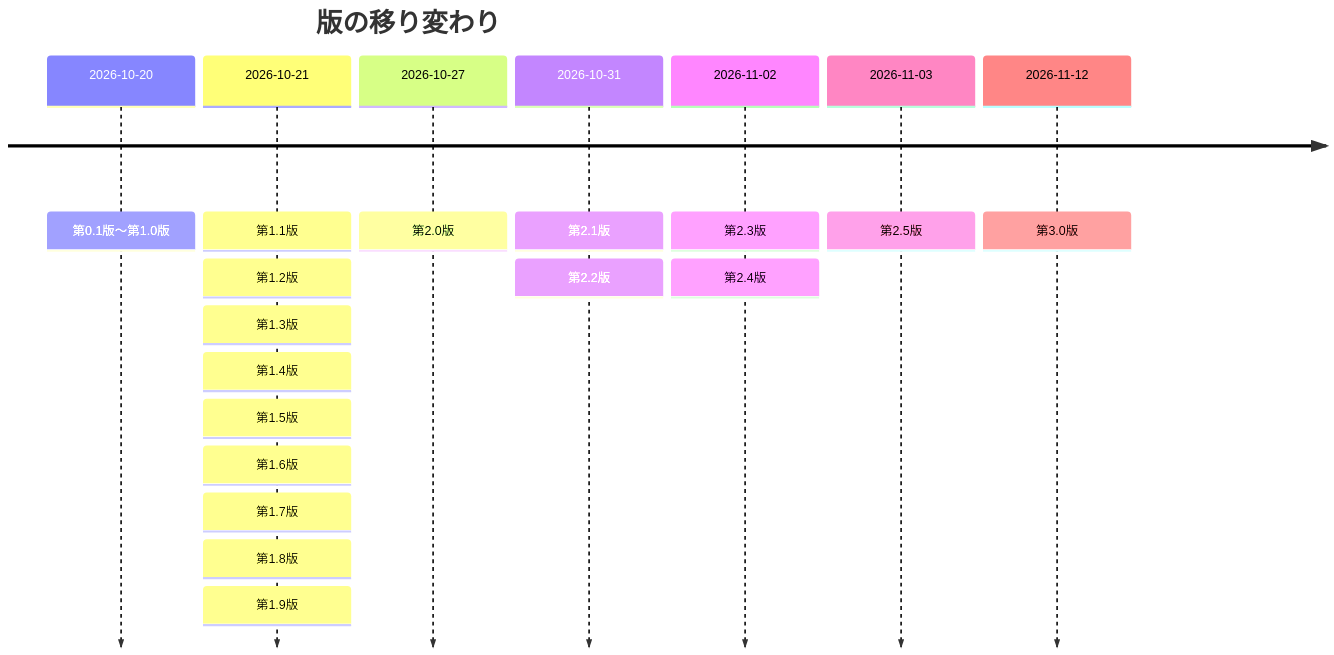
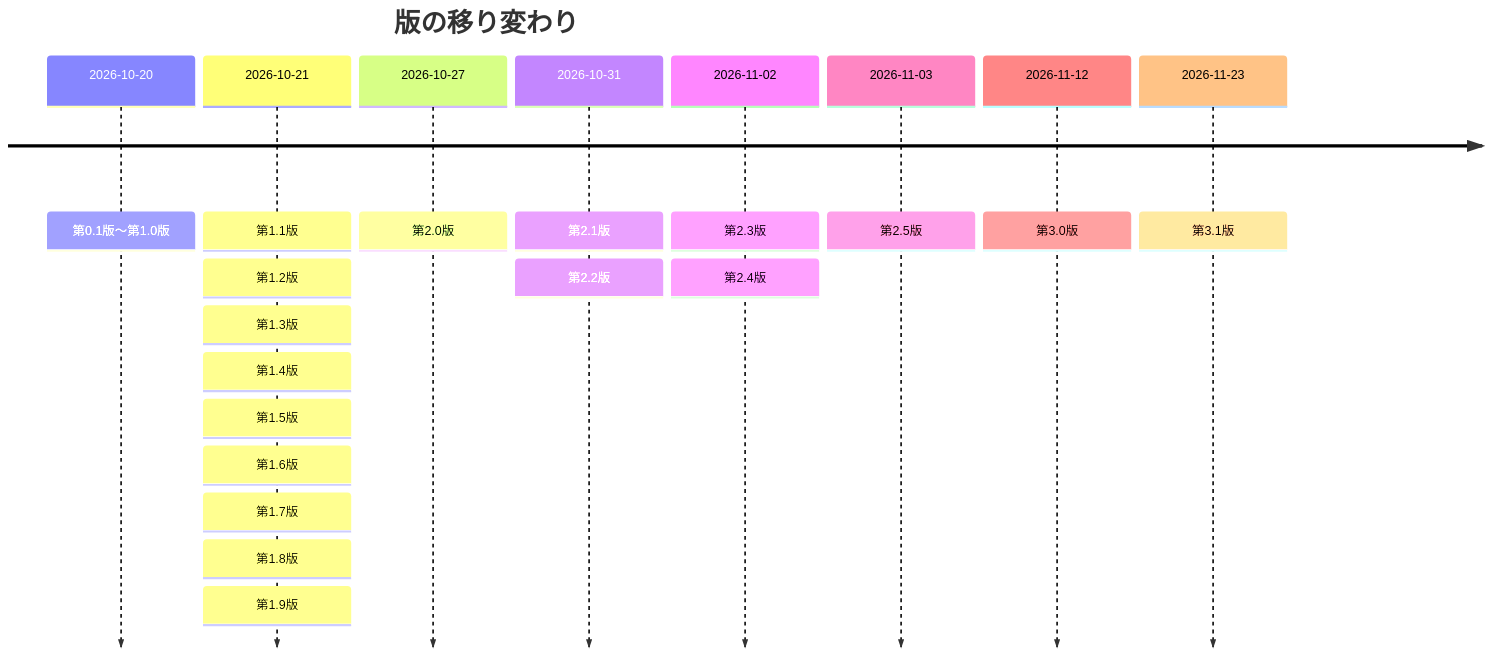
The fourth of 4 diagrams in documents/モジュールテスト結果報告書_RPG学習アプリ.md (pocarialice/rpglearning), drawn with Mermaid before and after one commit. The commit also changed other lines of this file and 34 other files, not shown here.

````diff
--- a/documents/モジュールテスト結果報告書_RPG学習アプリ.md
+++ b/documents/モジュールテスト結果報告書_RPG学習アプリ.md
@@ -1584,11 +1599,12 @@
 ```mermaid
 timeline
   title 版の移り変わり
   2026-10-20 : 第0.1版〜第1.0版
   2026-10-21 : 第1.1版 : 第1.2版 : 第1.3版 : 第1.4版 : 第1.5版 : 第1.6版 : 第1.7版 : 第1.8版 : 第1.9版
   2026-10-27 : 第2.0版
   2026-10-31 : 第2.1版 : 第2.2版
   2026-11-02 : 第2.3版 : 第2.4版
   2026-11-03 : 第2.5版
   2026-11-12 : 第3.0版
+  2026-11-23 : 第3.1版
 ```
````
